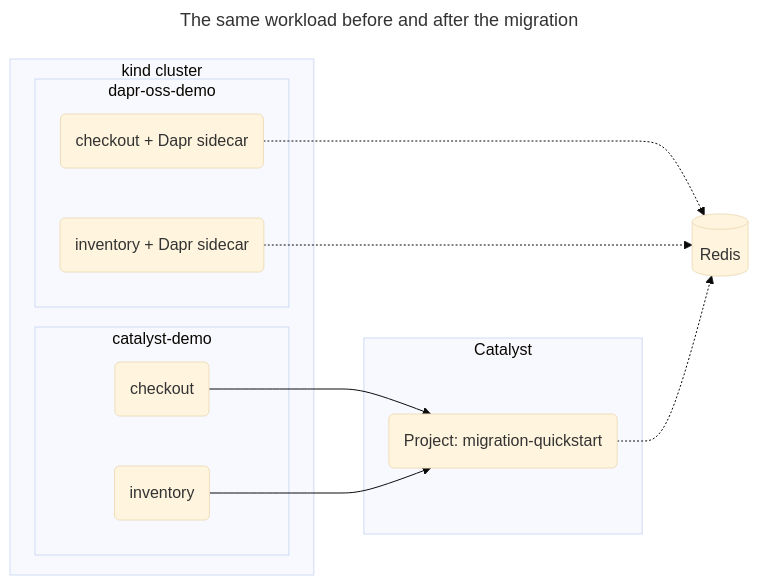
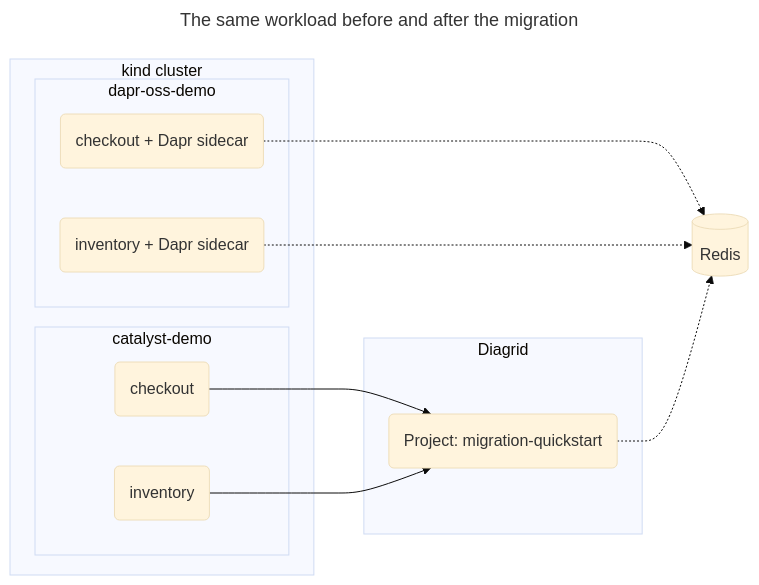
One commit to diagridio/catalyst-quickstarts changed the diagram in migration/README.md. Above: the diagram before and after it, drawn with Mermaid (base theme). The commit also changed other lines of this file and 224 other files, not shown here.

First line of the commit message:
docs: rename Catalyst to Diagrid in descriptions and labels

````diff
--- a/migration/README.md
+++ b/migration/README.md
@@ -15,25 +15,25 @@
 ```mermaid
 ---
 title: The same workload before and after the migration
 ---
 flowchart LR
   subgraph kind cluster
     subgraph dapr-oss-demo
       C1(checkout + Dapr sidecar)
       I1(inventory + Dapr sidecar)
     end
     subgraph catalyst-demo
       C2(checkout)
       I2(inventory)
     end
   end
-  subgraph Catalyst
+  subgraph Diagrid
     P(Project: migration-quickstart)
   end
   R[(Redis)]
   C1-.->R
   I1-.->R
   C2-->P
   I2-->P
   P-.->R
 ```
````
